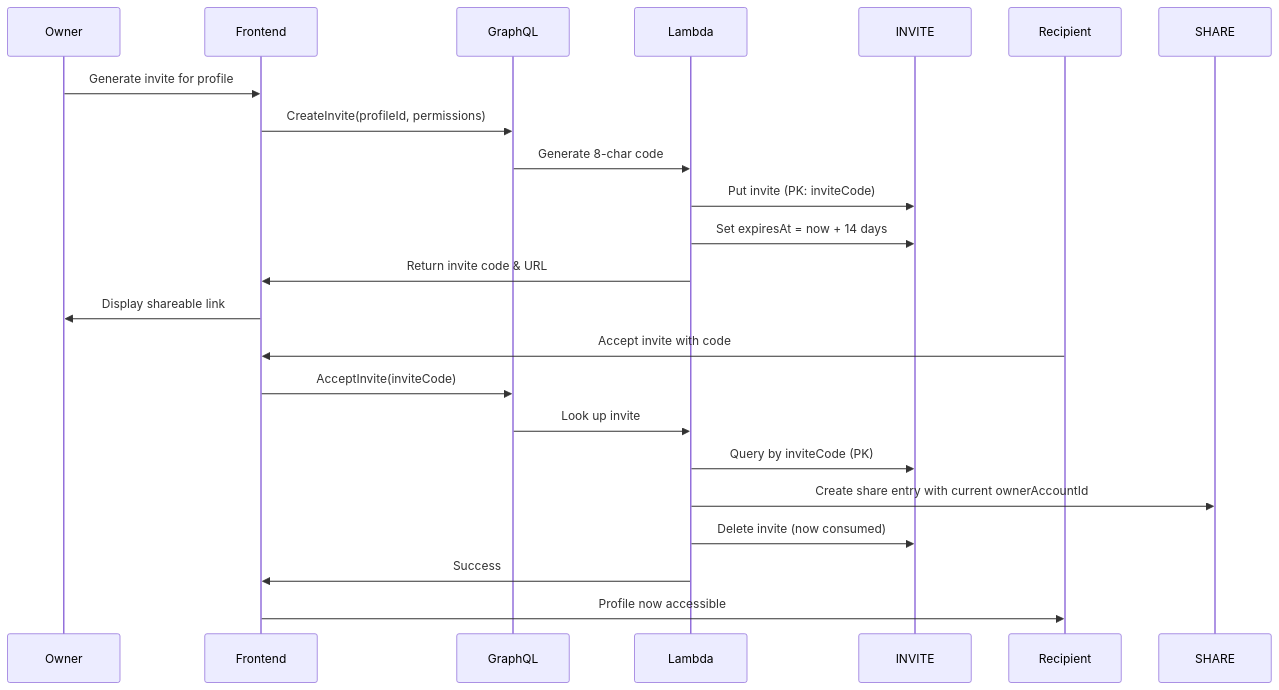
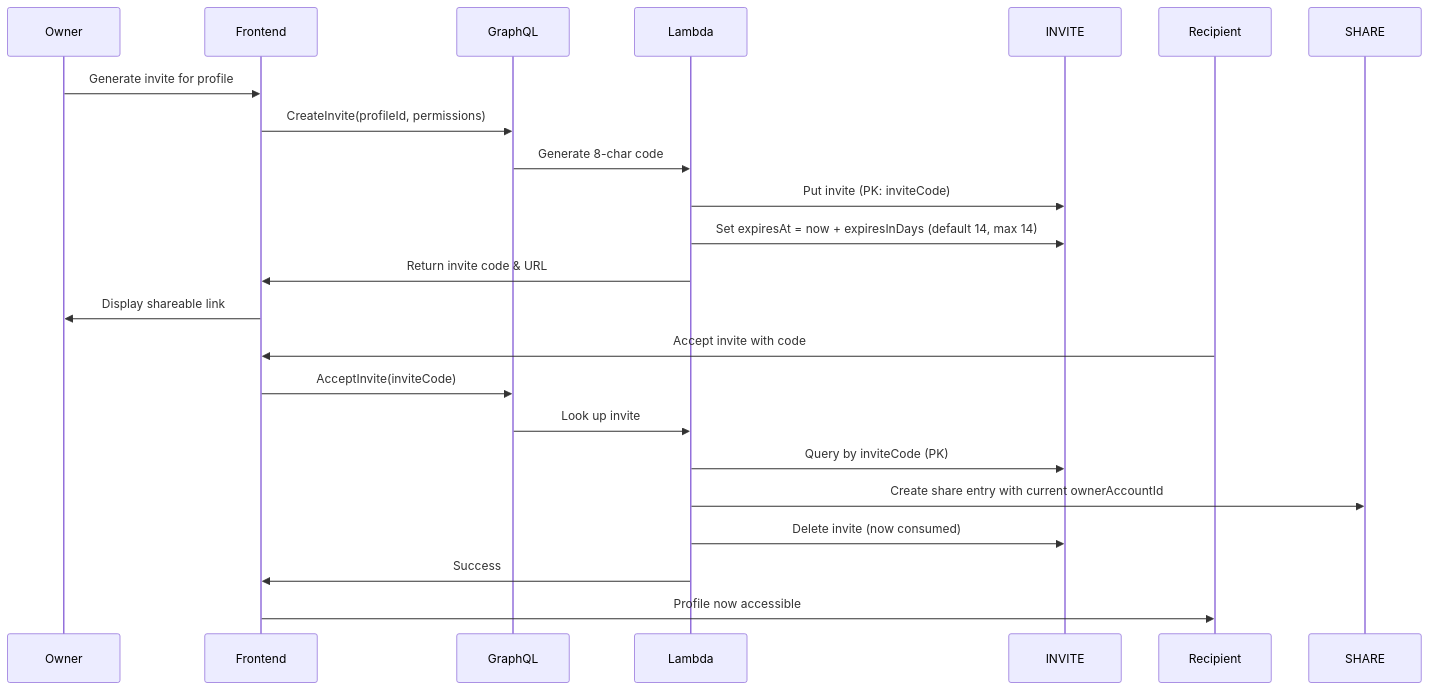
One commit to dmeiser/kernelworx changed the seventh of 13 diagrams in docs/SCHEMA.md. Above: the diagram before and after it, drawn with Mermaid. The commit also changed other lines of this file and 11 other files, not shown here.

First line of the commit message:
fix(appsync): cap invite expiry at 14 days and verify invite owner at redemption (#494)

````diff
--- a/docs/SCHEMA.md
+++ b/docs/SCHEMA.md
@@ -239,19 +239,19 @@
 ```mermaid
 sequenceDiagram
     Owner->>Frontend: Generate invite for profile
     Frontend->>GraphQL: CreateInvite(profileId, permissions)
     GraphQL->>Lambda: Generate 8-char code
     Lambda->>INVITE: Put invite (PK: inviteCode)
-    Lambda->>INVITE: Set expiresAt = now + 14 days
+    Lambda->>INVITE: Set expiresAt = now + expiresInDays (default 14, max 14)
     Lambda->>Frontend: Return invite code & URL
     Frontend->>Owner: Display shareable link
     
     Recipient->>Frontend: Accept invite with code
     Frontend->>GraphQL: AcceptInvite(inviteCode)
     GraphQL->>Lambda: Look up invite
     Lambda->>INVITE: Query by inviteCode (PK)
     Lambda->>SHARE: Create share entry with current ownerAccountId
     Lambda->>INVITE: Delete invite (now consumed)
     Lambda->>Frontend: Success
     Frontend->>Recipient: Profile now accessible
 ```
````
